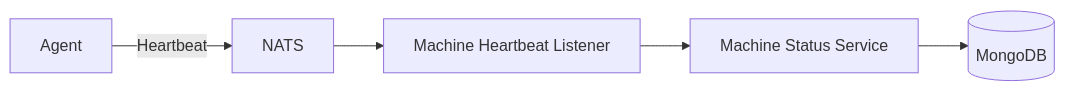
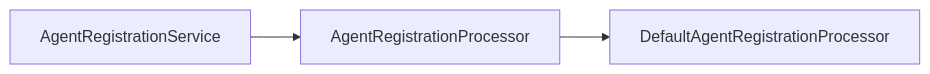
One commit to Praesto-Pro/openframe-oss-tenant changed the fifth of 7 diagrams in docs/architecture/client-service-core/client-service-core.md. Above: the diagram before and after it, drawn with Mermaid. The commit also changed other lines of this file and 214 other files, not shown here.

````diff
--- a/docs/architecture/client-service-core/client-service-core.md
+++ b/docs/architecture/client-service-core/client-service-core.md
@@ -176,7 +235,5 @@
 ```mermaid
 flowchart LR
-    Agent["Agent"] -->|"Heartbeat"| NATS["NATS"]
-    NATS --> HeartbeatListener["Machine Heartbeat Listener"]
-    HeartbeatListener --> MachineStatusService["Machine Status Service"]
-    MachineStatusService --> Mongo[("MongoDB")]
+    Registration["AgentRegistrationService"] --> Processor["AgentRegistrationProcessor"]
+    Processor --> DefaultImpl["DefaultAgentRegistrationProcessor"]
 ```
````
